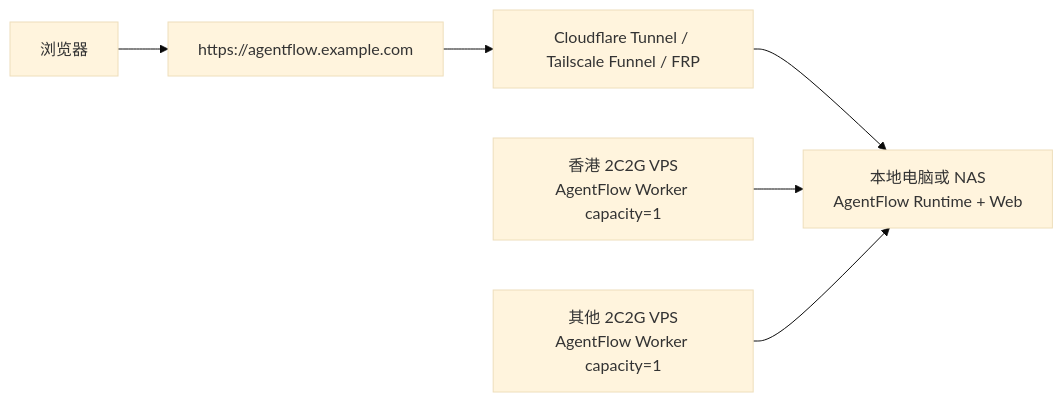
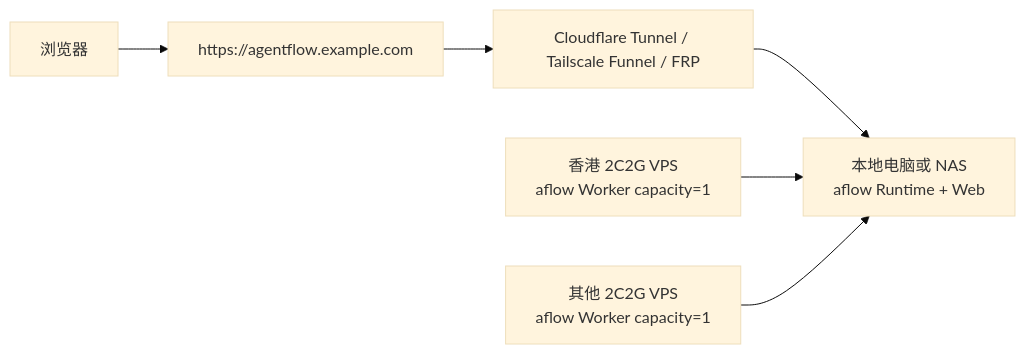
One commit to chiga0/aflow changed the first of 2 diagrams in docs/implementation/local-nas-control-plane-deployment.md. Above: the diagram before and after it, drawn with Mermaid (base theme). The commit also changed other lines of this file and 42 other files, not shown here.

````diff
--- a/docs/implementation/local-nas-control-plane-deployment.md
+++ b/docs/implementation/local-nas-control-plane-deployment.md
@@ -9,8 +9,8 @@
 ```mermaid
 flowchart LR
   User["浏览器"] --> Domain["https://agentflow.example.com"]
   Domain --> Tunnel["Cloudflare Tunnel / Tailscale Funnel / FRP"]
-  Tunnel --> Control["本地电脑或 NAS<br/>AgentFlow Runtime + Web"]
-  WorkerHK["香港 2C2G VPS<br/>AgentFlow Worker capacity=1"] --> Control
-  WorkerOther["其他 2C2G VPS<br/>AgentFlow Worker capacity=1"] --> Control
+  Tunnel --> Control["本地电脑或 NAS<br/>aflow Runtime + Web"]
+  WorkerHK["香港 2C2G VPS<br/>aflow Worker capacity=1"] --> Control
+  WorkerOther["其他 2C2G VPS<br/>aflow Worker capacity=1"] --> Control
 ```
````
